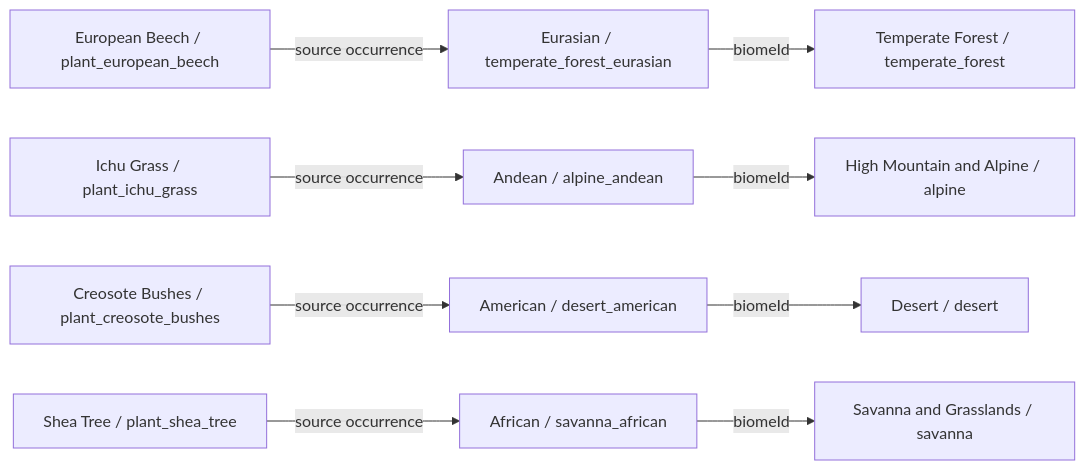
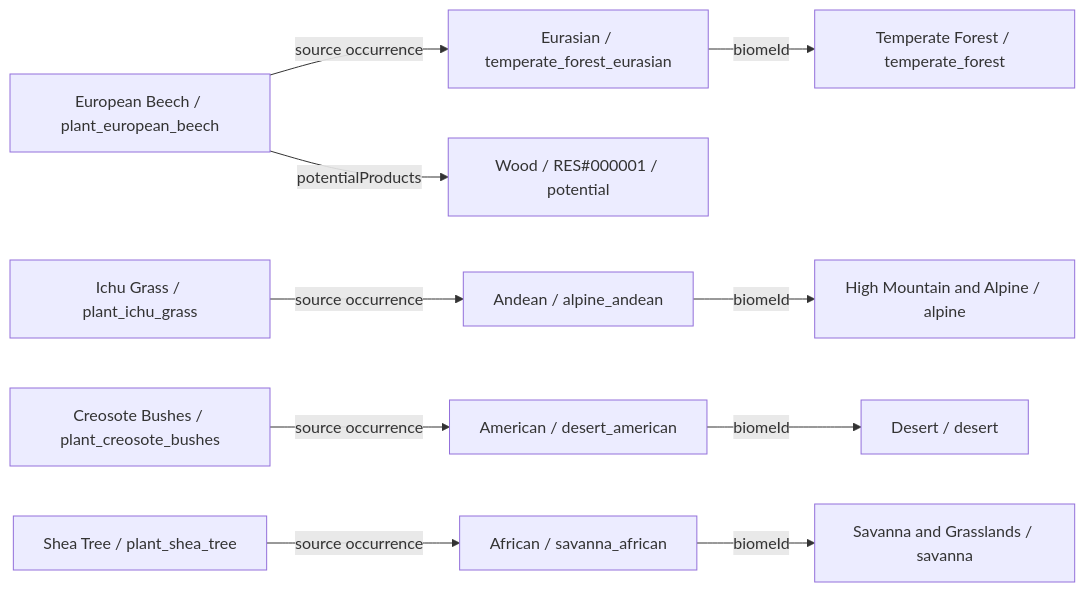
One commit to fgabo404/EvolveDoc changed diagram 15 of 39 in data/plants/DIAGRAMS.md. Above: the diagram before and after it, drawn with Mermaid. The commit also changed other lines of this file and 50 other files, not shown here.

````diff
--- a/data/plants/DIAGRAMS.md
+++ b/data/plants/DIAGRAMS.md
@@ -500,23 +514,25 @@
 ```mermaid
 flowchart LR
     c0["European Beech / plant_european_beech"]
     v4["Eurasian / temperate_forest_eurasian"]
     b1["Temperate Forest / temperate_forest"]
+    o0_0["Wood / RES#000001 / potential"]
     c1["Ichu Grass / plant_ichu_grass"]
     v23["Andean / alpine_andean"]
     b6["High Mountain and Alpine / alpine"]
     c2["Creosote Bushes / plant_creosote_bushes"]
     v15["American / desert_american"]
     b4["Desert / desert"]
     c3["Shea Tree / plant_shea_tree"]
     v11["African / savanna_african"]
     b3["Savanna and Grasslands / savanna"]
+    c0 -->|potentialProducts| o0_0
     c0 -->|source occurrence| v4
     c1 -->|source occurrence| v23
     c2 -->|source occurrence| v15
     c3 -->|source occurrence| v11
     v11 -->|biomeId| b3
     v15 -->|biomeId| b4
     v23 -->|biomeId| b6
     v4 -->|biomeId| b1
 ```
````
